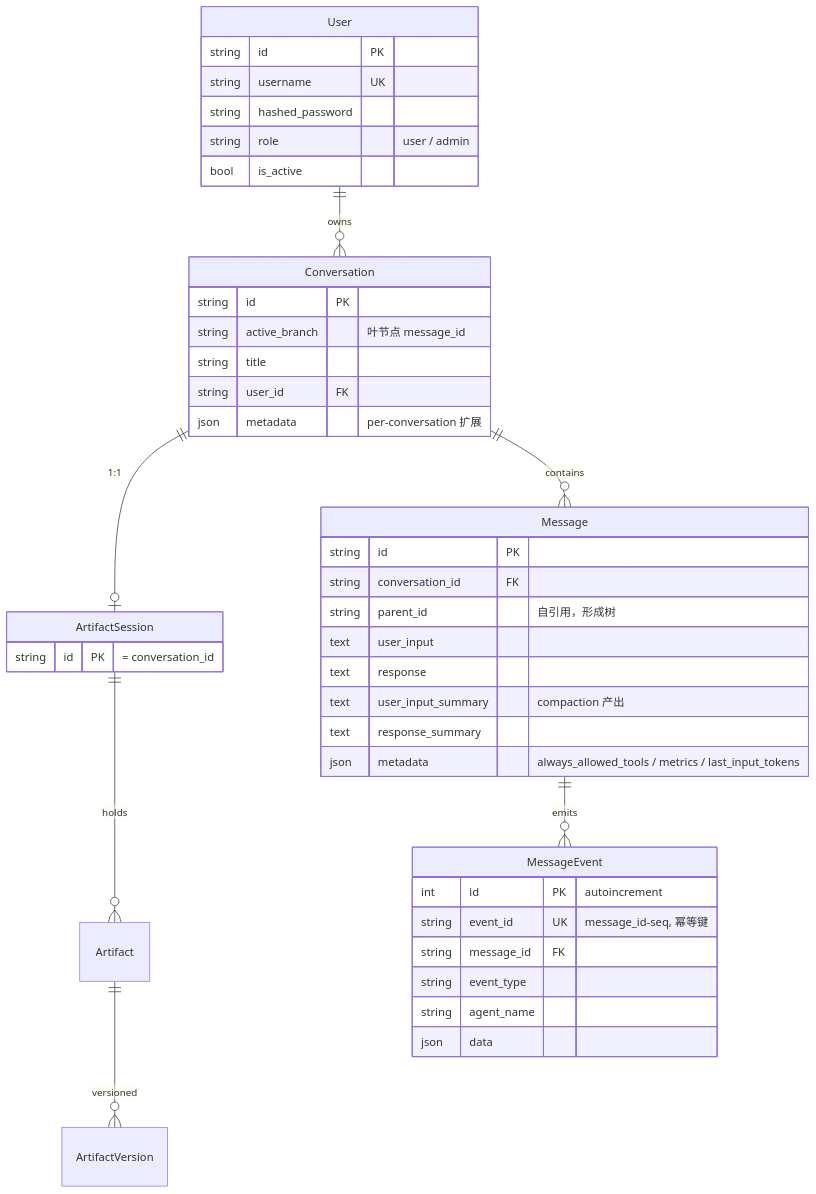
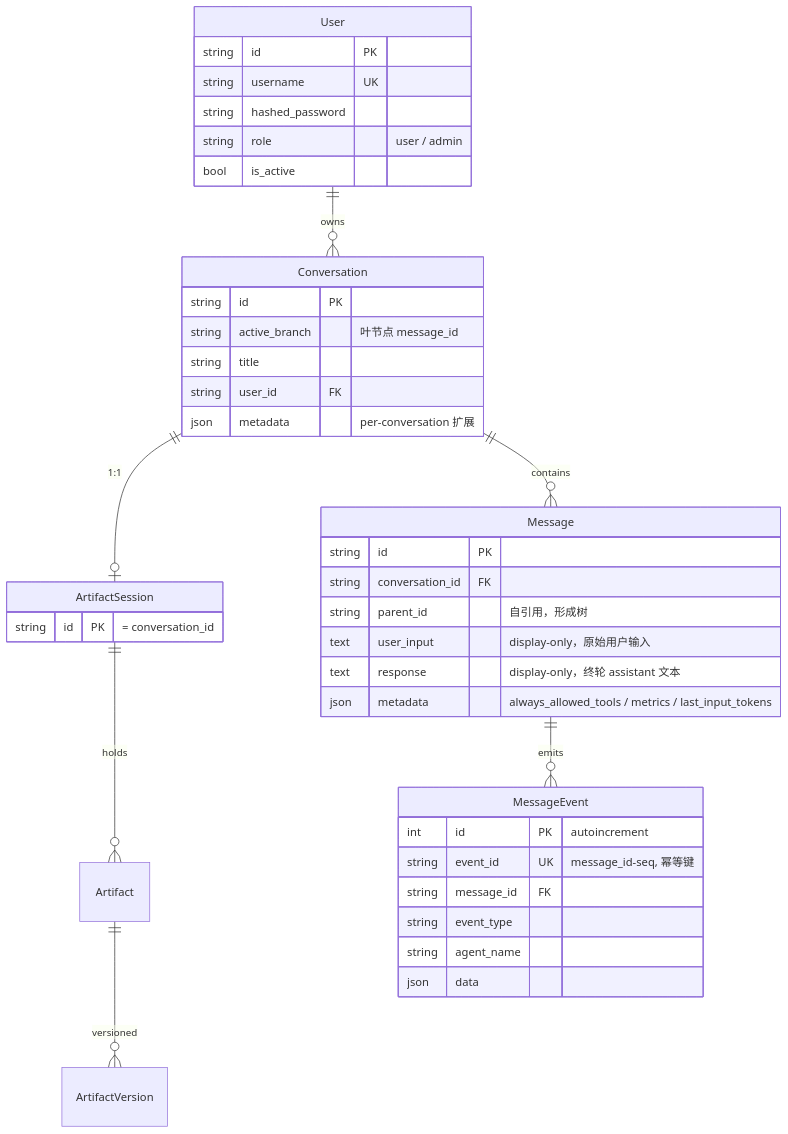
One commit to Neutrino1998/artifact-flow changed the first of 2 diagrams in docs/architecture/data-layer.md. Above: the diagram before and after it, drawn with Mermaid. The commit also changed other lines of this file and 10 other files, not shown here.

First line of the commit message:
docs: sync architecture/guides/deployment to in-engine compaction model

````diff
--- a/docs/architecture/data-layer.md
+++ b/docs/architecture/data-layer.md
@@ -9,45 +9,43 @@
 ```mermaid
 erDiagram
     User ||--o{ Conversation : owns
     Conversation ||--o{ Message : contains
     Conversation ||--o| ArtifactSession : "1:1"
     ArtifactSession ||--o{ Artifact : holds
     Artifact ||--o{ ArtifactVersion : versioned
     Message ||--o{ MessageEvent : emits
 
     User {
         string id PK
         string username UK
         string hashed_password
         string role "user / admin"
         bool is_active
     }
     Conversation {
         string id PK
         string active_branch "叶节点 message_id"
         string title
         string user_id FK
         json metadata "per-conversation 扩展"
     }
     Message {
         string id PK
         string conversation_id FK
         string parent_id "自引用，形成树"
-        text user_input
-        text response
-        text user_input_summary "compaction 产出"
-        text response_summary
+        text user_input "display-only，原始用户输入"
+        text response "display-only，终轮 assistant 文本"
         json metadata "always_allowed_tools / metrics / last_input_tokens"
     }
     ArtifactSession {
         string id PK "= conversation_id"
     }
     MessageEvent {
         int id PK "autoincrement"
         string event_id UK "message_id-seq, 幂等键"
         string message_id FK
         string event_type
         string agent_name
         json data
     }
 ```
````
